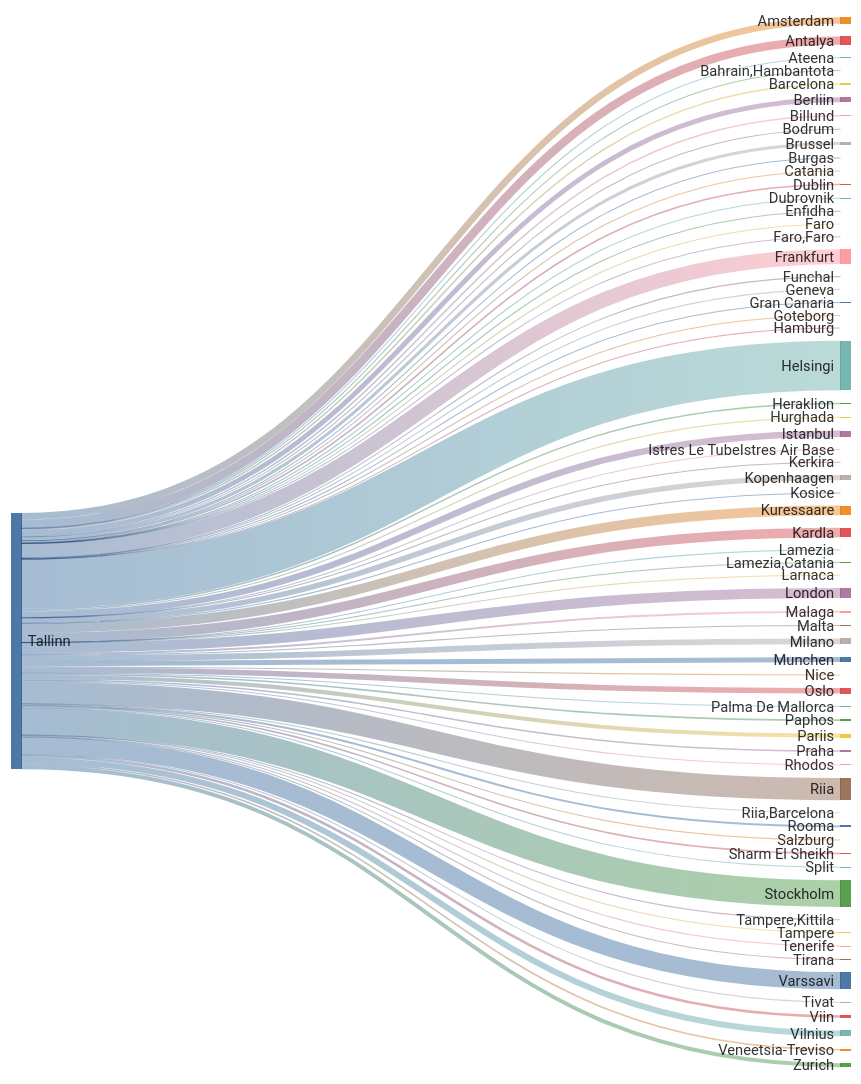
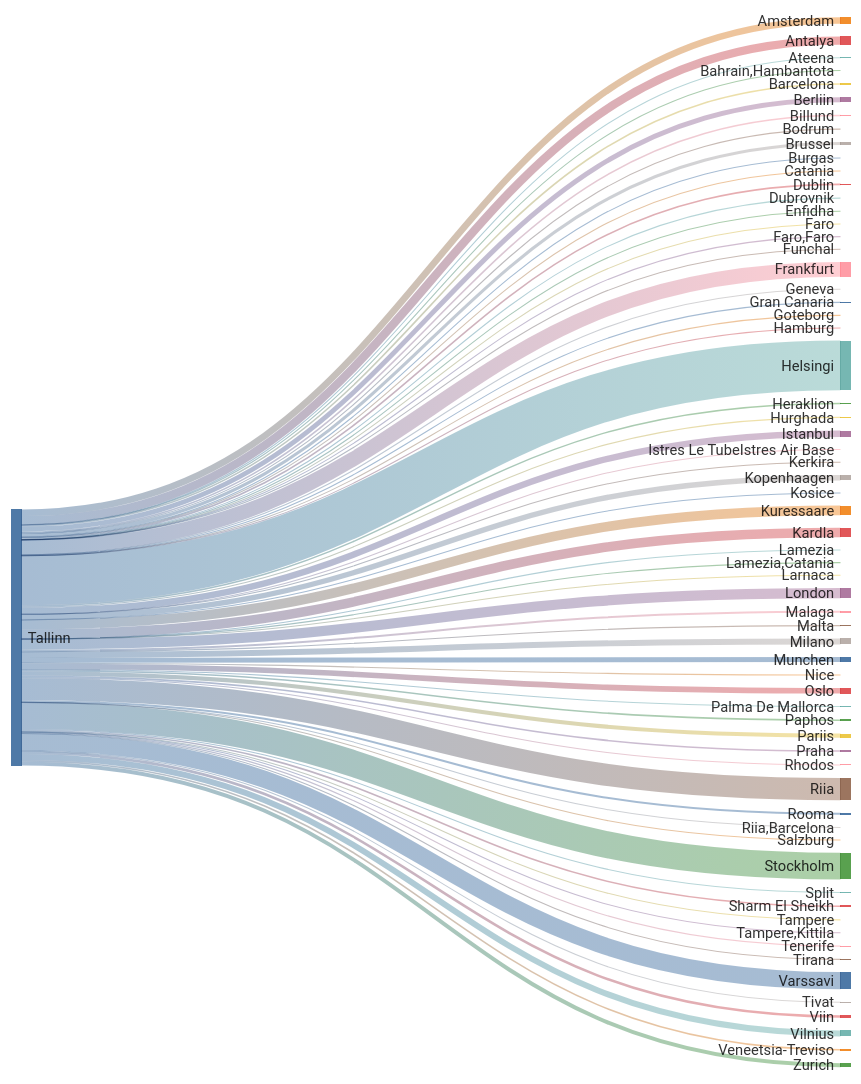
One commit to rainermesi/tll-airport-departures changed the second of 2 diagrams in README.md. Above: the diagram before and after it, drawn with Mermaid. The commit also changed other lines of this file, not shown here.

````diff
--- a/README.md
+++ b/README.md
@@ -34,77 +34,77 @@
 ```mermaid
 ---
 config:
   sankey:
     showValues: false
     width: 800
     height: 1000
 ---
 sankey-beta
 %% source,target,value
-Tallinn,Amsterdam,210
+Tallinn,Amsterdam,211
 Tallinn,Antalya,264
 Tallinn,Ateena,16
 Tallinn,"Bahrain,Hambantota",1
 Tallinn,Barcelona,49
 Tallinn,Berliin,154
 Tallinn,Billund,49
 Tallinn,Bodrum,11
-Tallinn,Brussel,98
+Tallinn,Brussel,99
 Tallinn,Burgas,21
 Tallinn,Catania,2
 Tallinn,Dublin,50
 Tallinn,Dubrovnik,21
 Tallinn,Enfidha,7
 Tallinn,Faro,4
 Tallinn,"Faro,Faro",1
-Tallinn,Frankfurt,460
+Tallinn,Frankfurt,462
 Tallinn,Funchal,5
 Tallinn,Geneva,4
 Tallinn,Gran Canaria,24
 Tallinn,Goteborg,1
 Tallinn,Hamburg,1
-Tallinn,Helsingi,1552
+Tallinn,Helsingi,1561
 Tallinn,Heraklion,46
 Tallinn,Hurghada,35
-Tallinn,Istanbul,201
+Tallinn,Istanbul,202
 Tallinn,Istres Le TubeIstres Air Base,2
 Tallinn,Kerkira,4
-Tallinn,Kopenhaagen,171
+Tallinn,Kopenhaagen,172
 Tallinn,Kosice,1
-Tallinn,Kuressaare,299
-Tallinn,Kardla,299
+Tallinn,Kuressaare,301
+Tallinn,Kardla,301
 Tallinn,Lamezia,1
 Tallinn,"Lamezia,Catania",3
 Tallinn,Larnaca,4
-Tallinn,London,320
+Tallinn,London,322
 Tallinn,Malaga,63
 Tallinn,Malta,15
 Tallinn,Milano,187
-Tallinn,Munchen,157
+Tallinn,Munchen,158
 Tallinn,Nice,25
 Tallinn,Oslo,176
 Tallinn,Palma De Mallorca,19
 Tallinn,Paphos,49
 Tallinn,Pariis,130
 Tallinn,Praha,49
 Tallinn,Rhodos,32
-Tallinn,Riia,693
+Tallinn,Riia,697
 Tallinn,"Riia,Barcelona",1
-Tallinn,Rooma,62
+Tallinn,Rooma,63
 Tallinn,Salzburg,5
 Tallinn,Sharm El Sheikh,50
 Tallinn,Split,25
-Tallinn,Stockholm,838
+Tallinn,Stockholm,840
 Tallinn,Tampere,17
 Tallinn,"Tampere,Kittila",5
 Tallinn,Tenerife,36
 Tallinn,Tirana,8
 Tallinn,Tivat,26
-Tallinn,Varssavi,536
+Tallinn,Varssavi,539
 Tallinn,Veneetsia-Treviso,50
 Tallinn,Viin,81
-Tallinn,Vilnius,187
+Tallinn,Vilnius,188
 Tallinn,Zurich,125
 
 
 ```
````
